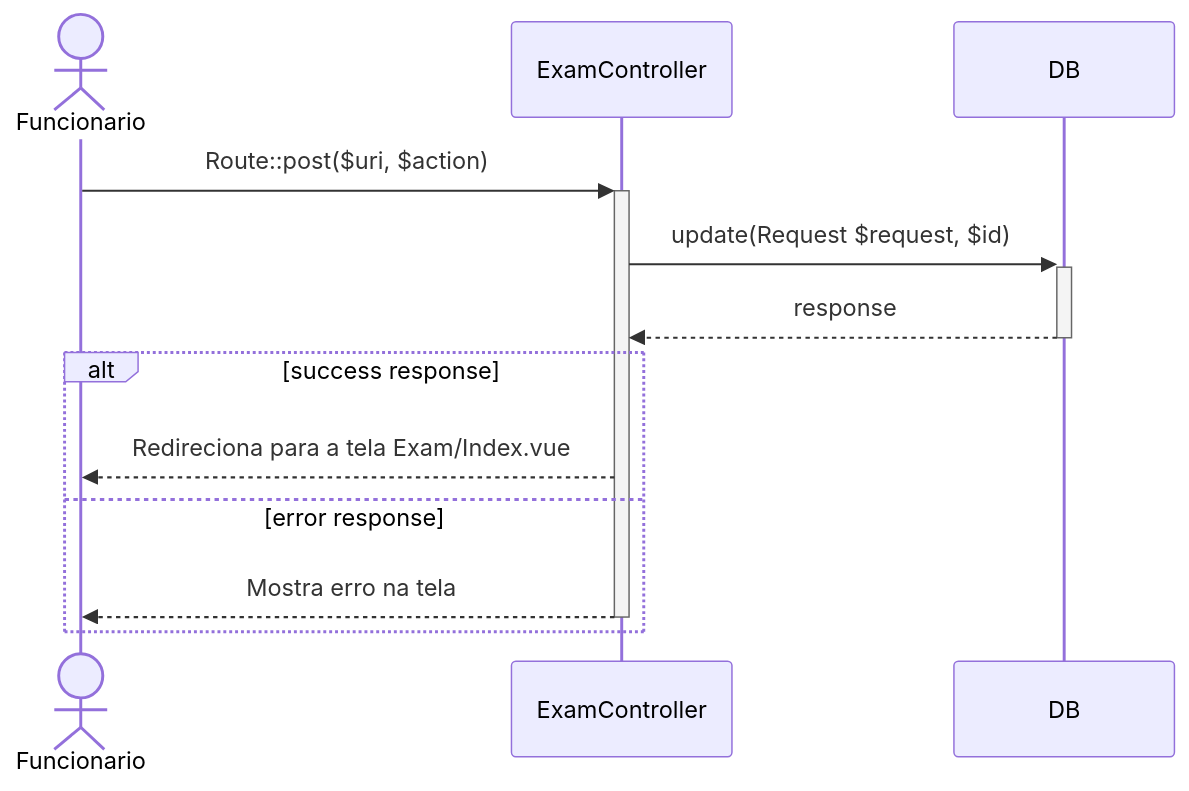
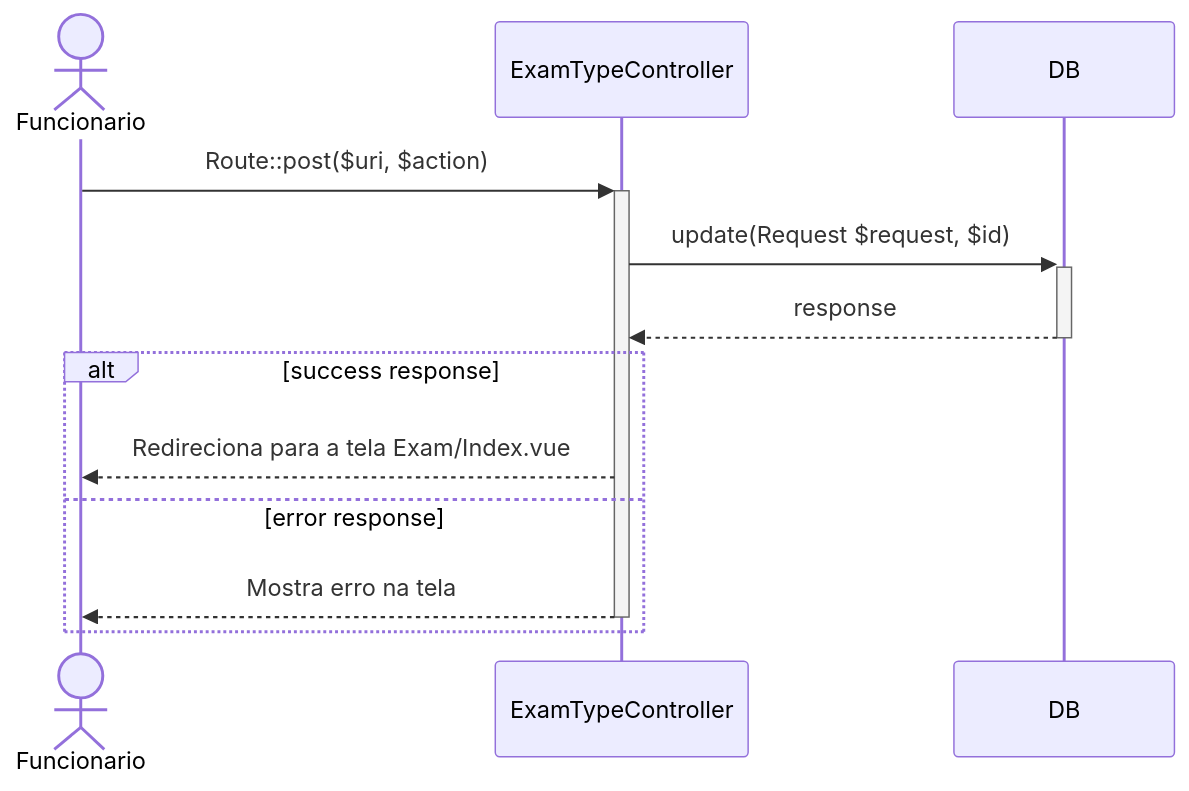
Before and after one commit to UniFil-NPI/ProjetoAnalisesClinicas: the third of 3 diagrams in docs/diagramas_de_sequencia/UC004_gerenciar_tipo_de_exame.md, drawn with Mermaid. The commit also changed other lines of this file and 1 other file, not shown here.

Commit message:
Diagrama de sequencia do UC004

````diff
--- a/docs/diagramas_de_sequencia/UC004_gerenciar_tipo_de_exame.md
+++ b/docs/diagramas_de_sequencia/UC004_gerenciar_tipo_de_exame.md
@@ -65,15 +47,15 @@
 ```mermaid
 sequenceDiagram
 
 actor Funcionario
 
-Funcionario->>+ExamController: Route::post($uri, $action)
-ExamController->>+DB: update(Request $request, $id)
-DB-->>-ExamController: response
+Funcionario->>+ExamTypeController: Route::post($uri, $action)
+ExamTypeController->>+DB: update(Request $request, $id)
+DB-->>-ExamTypeController: response
 alt success response
-    ExamController-->>Funcionario: Redireciona para a tela Exam/Index.vue
+    ExamTypeController-->>Funcionario: Redireciona para a tela Exam/Index.vue
 else error response
-    ExamController-->>-Funcionario: Mostra erro na tela
+    ExamTypeController-->>-Funcionario: Mostra erro na tela
 end
 
 ```
````
